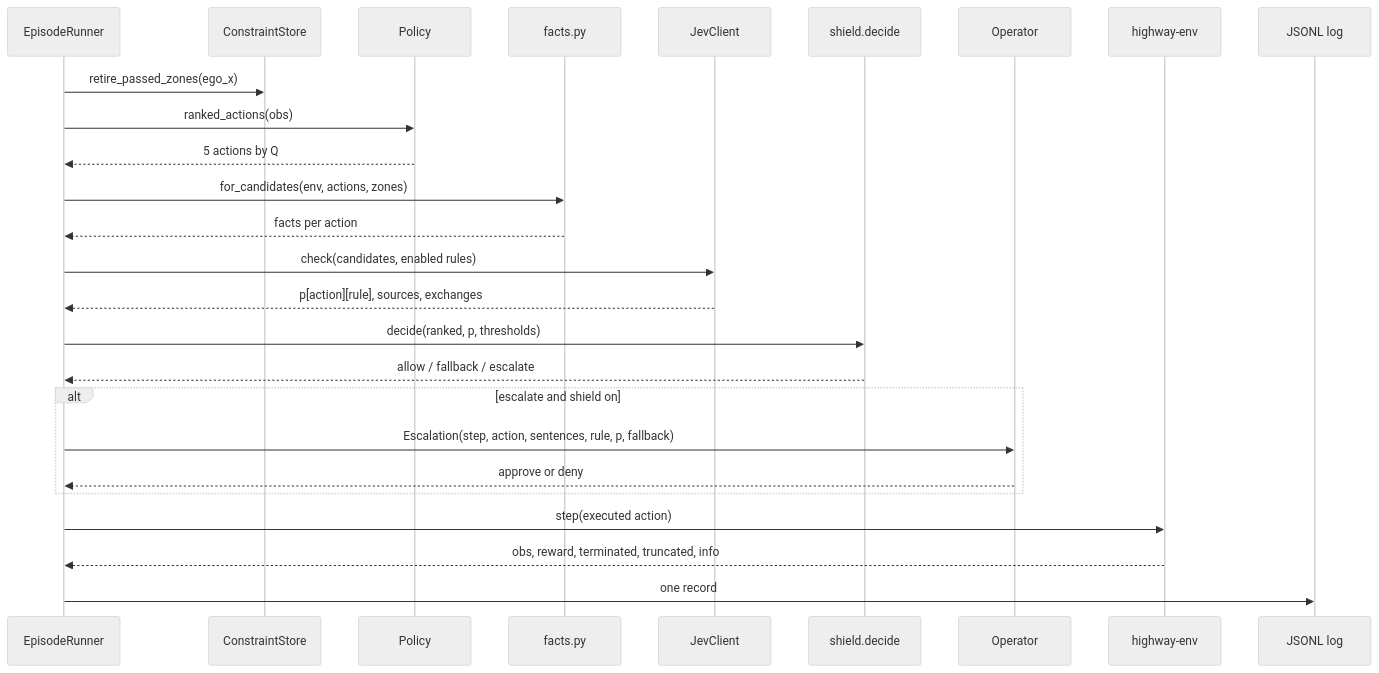
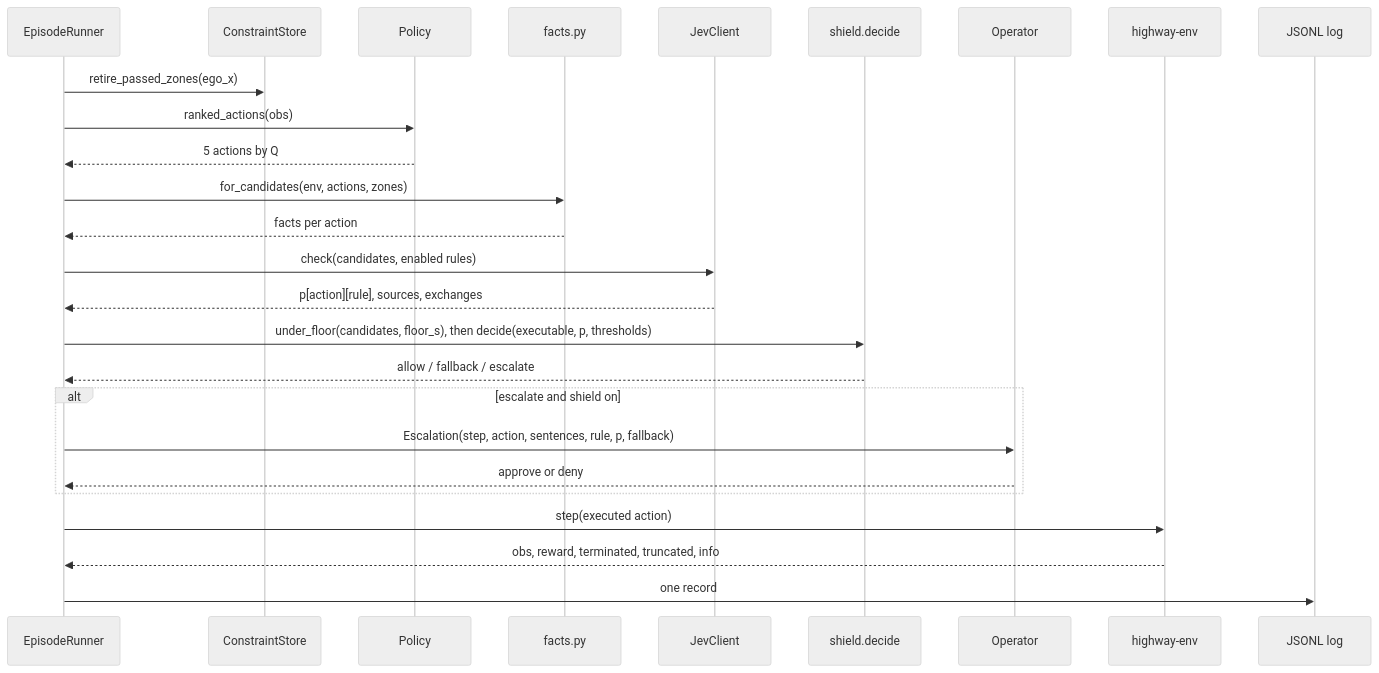
The second of 4 diagrams in docs/developer-guide/architecture.md (sequenzia/Interlock), drawn with Mermaid (neutral theme) before and after one commit. The commit also changed other lines of this file and 74 other files, not shown here.

````diff
--- a/docs/developer-guide/architecture.md
+++ b/docs/developer-guide/architecture.md
@@ -68,28 +68,28 @@
 ```mermaid
 sequenceDiagram
   participant R as EpisodeRunner
   participant S as ConstraintStore
   participant P as Policy
   participant F as facts.py
   participant J as JevClient
   participant D as shield.decide
   participant O as Operator
   participant E as highway-env
   participant L as JSONL log
   R->>S: retire_passed_zones(ego_x)
   R->>P: ranked_actions(obs)
   P-->>R: 5 actions by Q
   R->>F: for_candidates(env, actions, zones)
   F-->>R: facts per action
   R->>J: check(candidates, enabled rules)
   J-->>R: p[action][rule], sources, exchanges
-  R->>D: decide(ranked, p, thresholds)
+  R->>D: under_floor(candidates, floor_s), then decide(executable, p, thresholds)
   D-->>R: allow / fallback / escalate
   alt escalate and shield on
     R->>O: Escalation(step, action, sentences, rule, p, fallback)
     O-->>R: approve or deny
   end
   R->>E: step(executed action)
   E-->>R: obs, reward, terminated, truncated, info
   R->>L: one record
 ```
````
